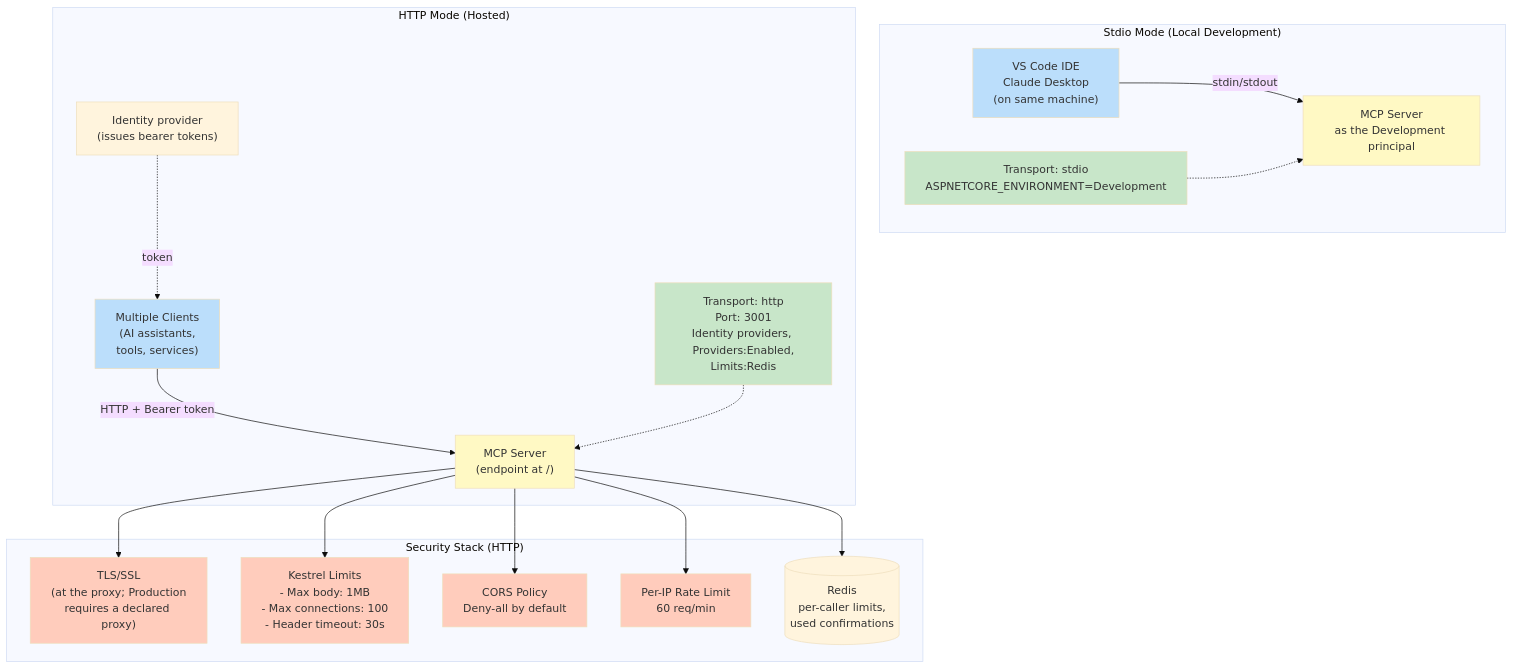
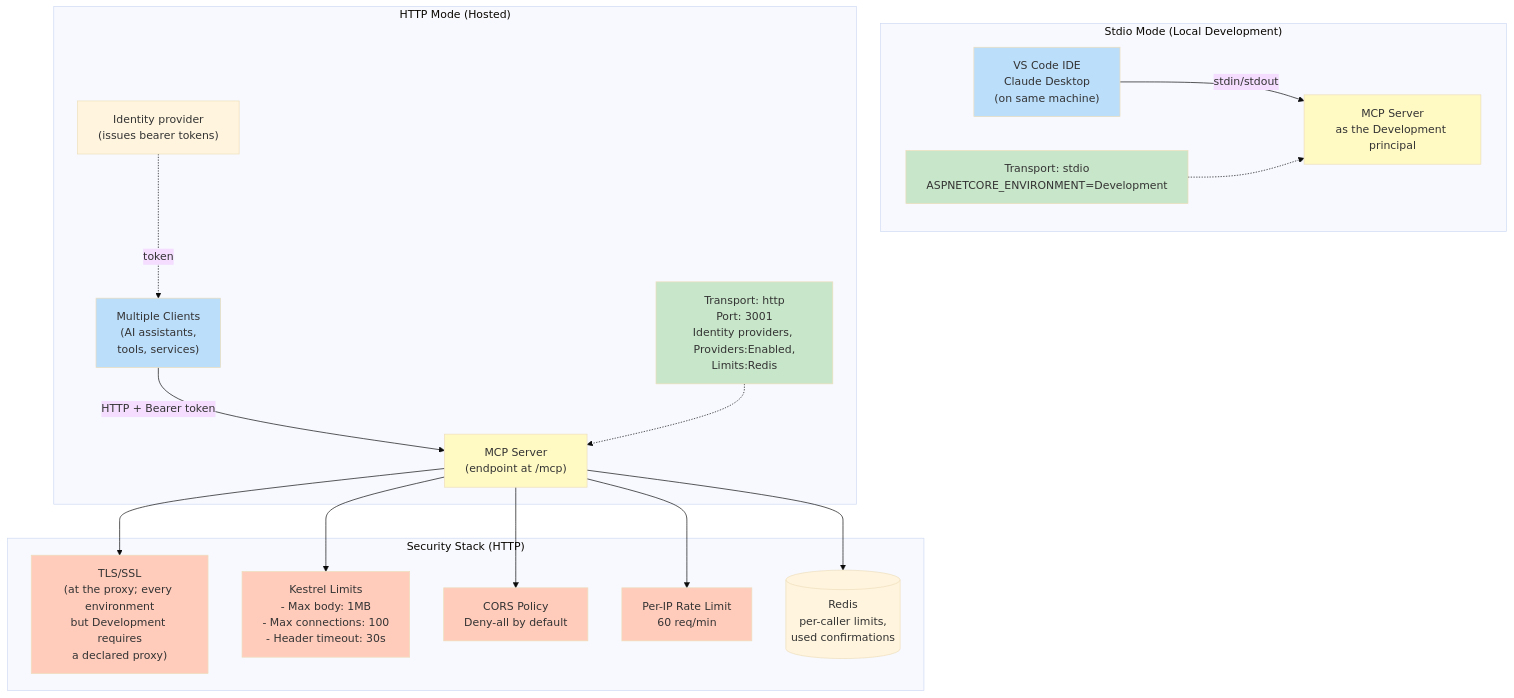
Before and after one commit to oskarc/MCPExtensibleTemplate: the ninth of 10 diagrams in docs/02-ARCHITECTURE-FLOWCHARTS.md, drawn with Mermaid (base theme). The commit also changed other lines of this file and 14 other files, not shown here.

````diff
--- a/docs/02-ARCHITECTURE-FLOWCHARTS.md
+++ b/docs/02-ARCHITECTURE-FLOWCHARTS.md
@@ -356,47 +356,47 @@
 ```mermaid
 graph TB
     subgraph "Stdio Mode (Local Development)"
         Config1["Transport: stdio<br/>ASPNETCORE_ENVIRONMENT=Development"]
         Client1["VS Code IDE<br/>Claude Desktop<br/>(on same machine)"]
         Server1["MCP Server<br/>as the Development principal"]
 
         Client1 -->|stdin/stdout| Server1
         Config1 -.-> Server1
     end
 
     subgraph "HTTP Mode (Hosted)"
         Config2["Transport: http<br/>Port: 3001<br/>Identity providers, Providers:Enabled,<br/>Limits:Redis"]
         Clients2["Multiple Clients<br/>(AI assistants,<br/>tools, services)"]
         IdP["Identity provider<br/>(issues bearer tokens)"]
-        Server2["MCP Server<br/>(endpoint at /)"]
+        Server2["MCP Server<br/>(endpoint at /mcp)"]
 
         IdP -.->|token| Clients2
         Clients2 -->|HTTP + Bearer token| Server2
         Config2 -.-> Server2
     end
 
     subgraph "Security Stack (HTTP)"
-        TLS["TLS/SSL<br/>(at the proxy; Production<br/>requires a declared proxy)"]
+        TLS["TLS/SSL<br/>(at the proxy; every environment<br/>but Development requires<br/>a declared proxy)"]
         KestrelLimits["Kestrel Limits<br/>- Max body: 1MB<br/>- Max connections: 100<br/>- Header timeout: 30s"]
         CORS["CORS Policy<br/>Deny-all by default"]
         RateLimit["Per-IP Rate Limit<br/>60 req/min"]
         Redis[("Redis<br/>per-caller limits,<br/>used confirmations")]
     end
 
     Server2 --> TLS
     Server2 --> KestrelLimits
     Server2 --> CORS
     Server2 --> RateLimit
     Server2 --> Redis
 
     style Config1 fill:#c8e6c9
     style Client1 fill:#bbdefb
     style Server1 fill:#fff9c4
     style Config2 fill:#c8e6c9
     style Clients2 fill:#bbdefb
     style Server2 fill:#fff9c4
     style TLS fill:#ffccbc
     style KestrelLimits fill:#ffccbc
     style CORS fill:#ffccbc
     style RateLimit fill:#ffccbc
 ```
````
